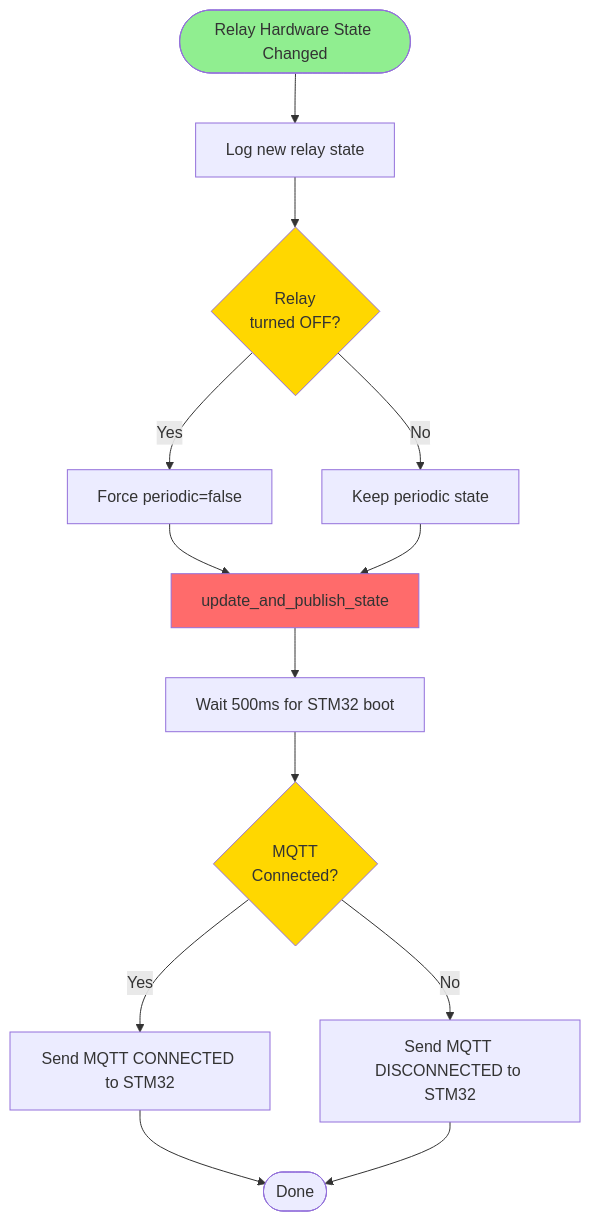
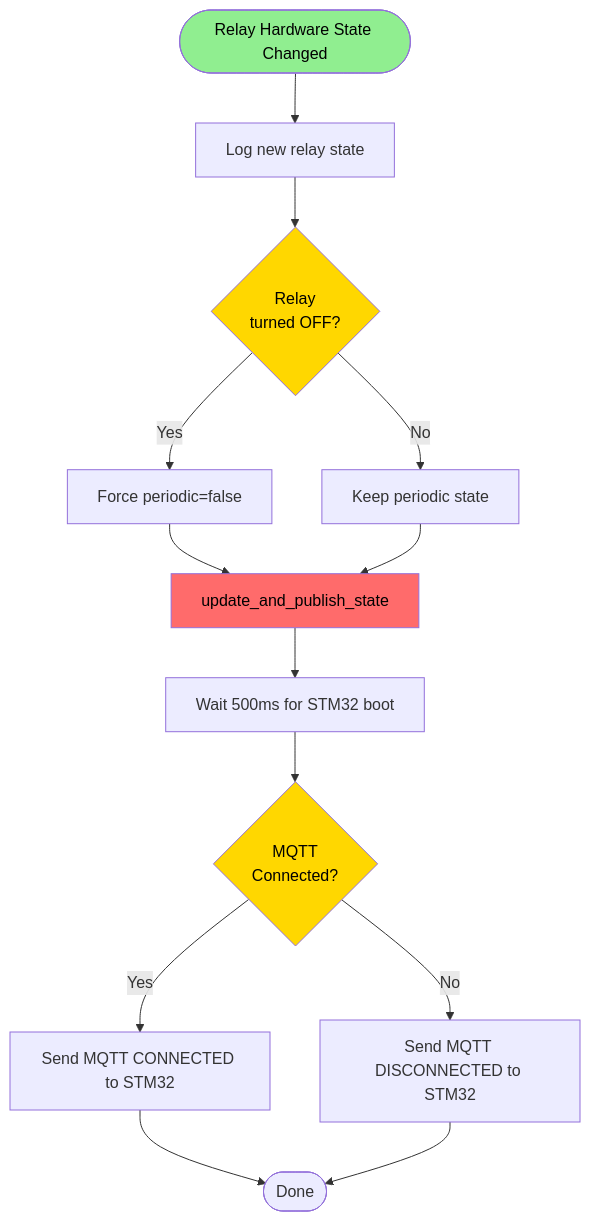
The fourth of 9 diagrams in documents/esp32/FLOW_DIAGRAM_ESP32.md (meeTeam05/datalogger), drawn with Mermaid before and after one commit. The commit also changed other lines of this file, not shown here.

Commit message:
fix(docs): enhance flow diagram styles for consistency in FLOW_DIAGRAM_ESP32.md

````diff
--- a/documents/esp32/FLOW_DIAGRAM_ESP32.md
+++ b/documents/esp32/FLOW_DIAGRAM_ESP32.md
@@ -136,25 +136,25 @@
 ```mermaid
 flowchart TD
     Start([Relay Hardware State Changed]) --> LogState[Log new relay state]
     LogState --> CheckOff{Relay<br/>turned OFF?}
 
     CheckOff -->|Yes| ForcePeriodic[Force periodic=false]
     CheckOff -->|No| KeepPeriodic[Keep periodic state]
 
     ForcePeriodic --> UpdateState[update_and_publish_state]
     KeepPeriodic --> UpdateState
 
     UpdateState --> Delay[Wait 500ms for STM32 boot]
     Delay --> CheckMQTT{MQTT<br/>Connected?}
 
     CheckMQTT -->|Yes| SendConnected[Send MQTT CONNECTED to STM32]
     CheckMQTT -->|No| SendDisconnected[Send MQTT DISCONNECTED to STM32]
 
     SendConnected --> Done([Done])
     SendDisconnected --> Done
 
-    style Start fill:#90EE90
-    style CheckOff fill:#FFD700
-    style CheckMQTT fill:#FFD700
-    style UpdateState fill:#FF6B6B
+    style Start fill:#90EE90, color:#000000
+    style CheckOff fill:#FFD700, color:#000000
+    style CheckMQTT fill:#FFD700, color:#000000
+    style UpdateState fill:#FF6B6B, color:#000000
 ```
````
